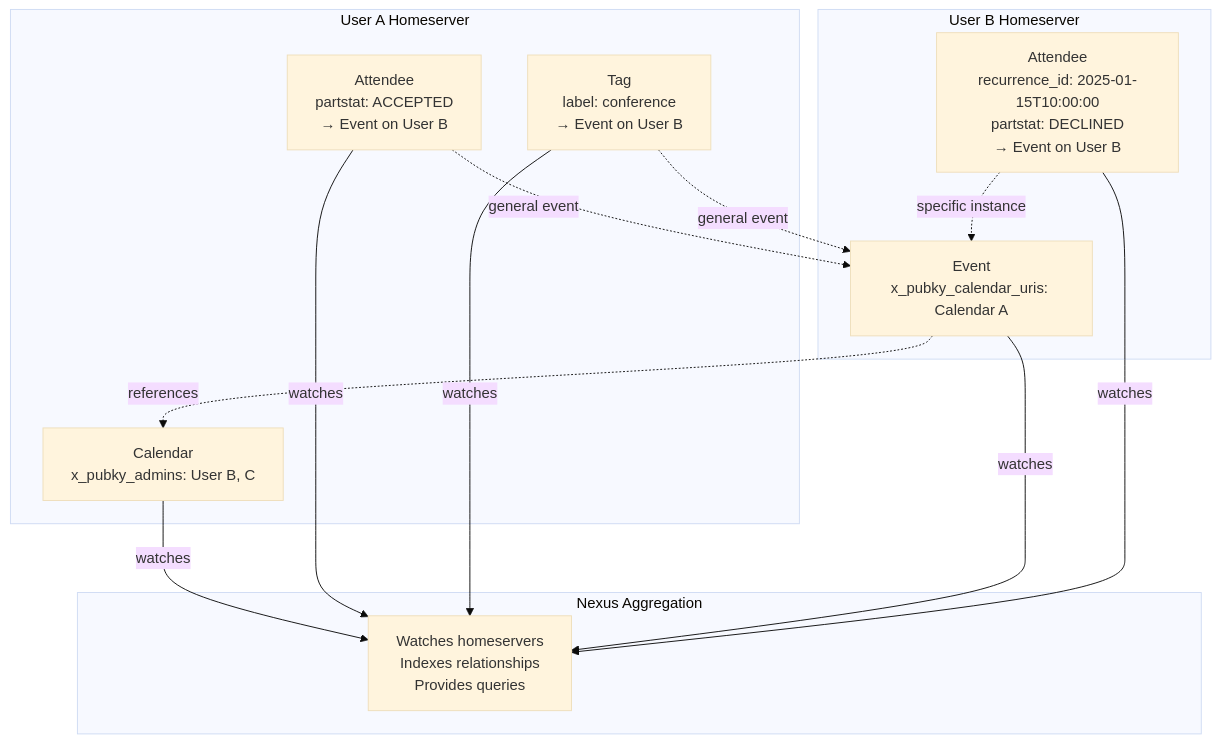
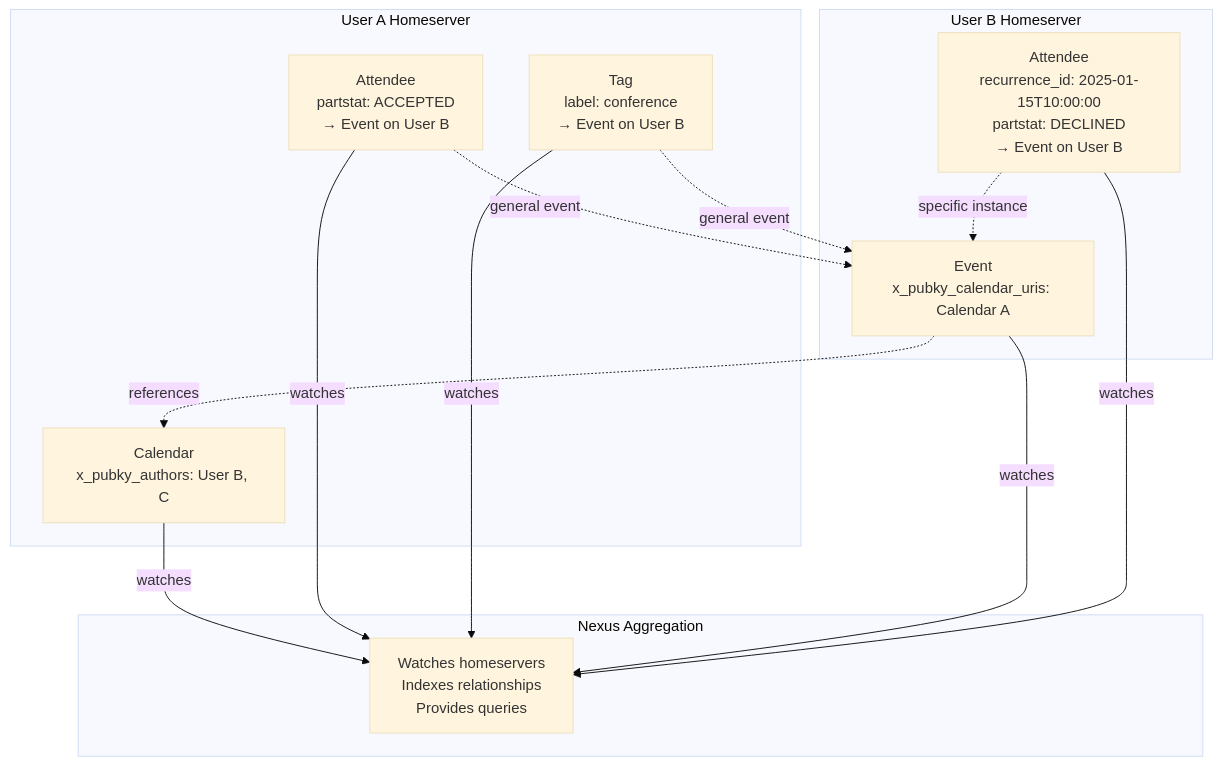
One commit to gillohner/eventky changed the first of 3 diagrams in docs/DATA_MODEL.md. Above: the diagram before and after it, drawn with Mermaid (base theme). The commit also changed other lines of this file and 21 other files, not shown here.

````diff
--- a/docs/DATA_MODEL.md
+++ b/docs/DATA_MODEL.md
@@ -5,27 +5,27 @@
 ```mermaid
 graph TB
     subgraph "User A Homeserver"
-        CA[Calendar<br/>x_pubky_admins: User B, C]
+        CA[Calendar<br/>x_pubky_authors: User B, C]
         AA[Attendee<br/>partstat: ACCEPTED<br/>→ Event on User B]
         TA[Tag<br/>label: conference<br/>→ Event on User B]
     end
     
     subgraph "Nexus Aggregation"
         N[Watches homeservers<br/>Indexes relationships<br/>Provides queries]
     end
     
     subgraph "User B Homeserver"
         EB[Event<br/>x_pubky_calendar_uris: Calendar A]
         AB[Attendee<br/>recurrence_id: 2025-01-15T10:00:00<br/>partstat: DECLINED<br/>→ Event on User B]
     end
     
     CA -->|watches| N
     AA -->|watches| N
     TA -->|watches| N
     EB -->|watches| N
     AB -->|watches| N
     EB -.references.-> CA
     AA -.general event.-> EB
     AB -.specific instance.-> EB
     TA -.general event.-> EB
 ```
````
